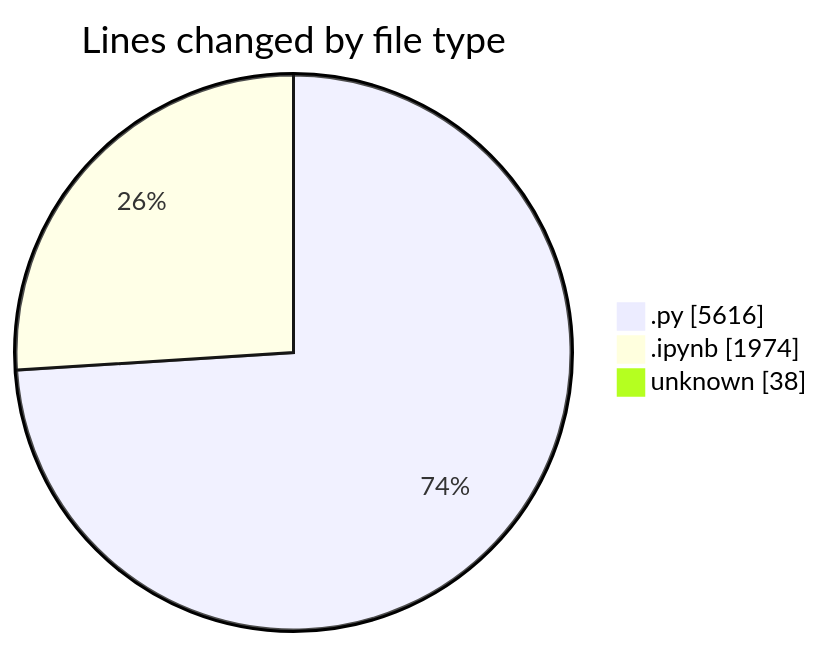
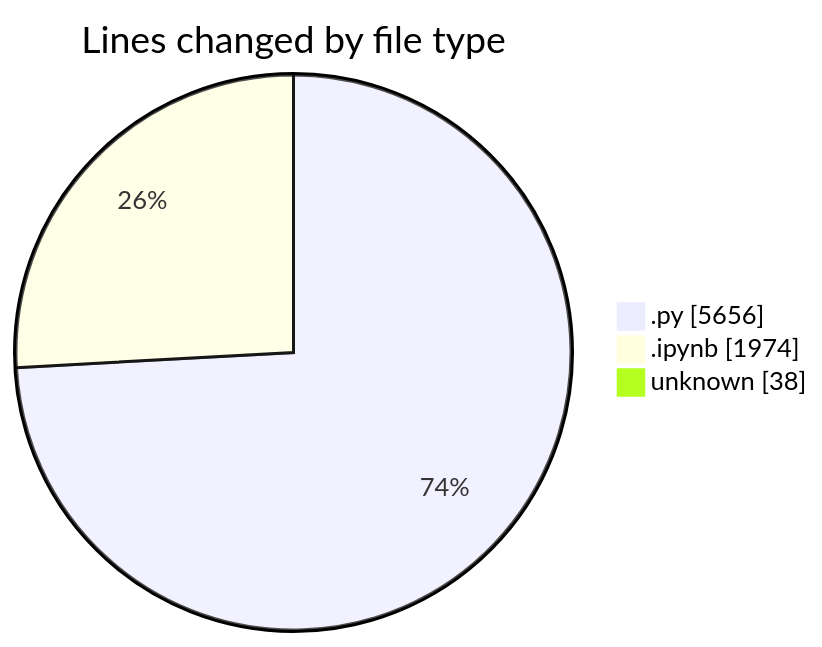
Before and after one commit to MatusMokan/code-tracking: the first of 2 diagrams in 2025-03-21/myws__workspace_/README.md, drawn with Mermaid. The commit also changed other lines of this file and 1 other file, not shown here.

````diff
--- a/2025-03-21/myws__workspace_/README.md
+++ b/2025-03-21/myws__workspace_/README.md
@@ -25,7 +25,7 @@
 ```mermaid
 pie showData
 title Lines changed by file type
-".py" : 5616
+".py" : 5656
 ".ipynb" : 1974
 "unknown" : 38
 ```
````
